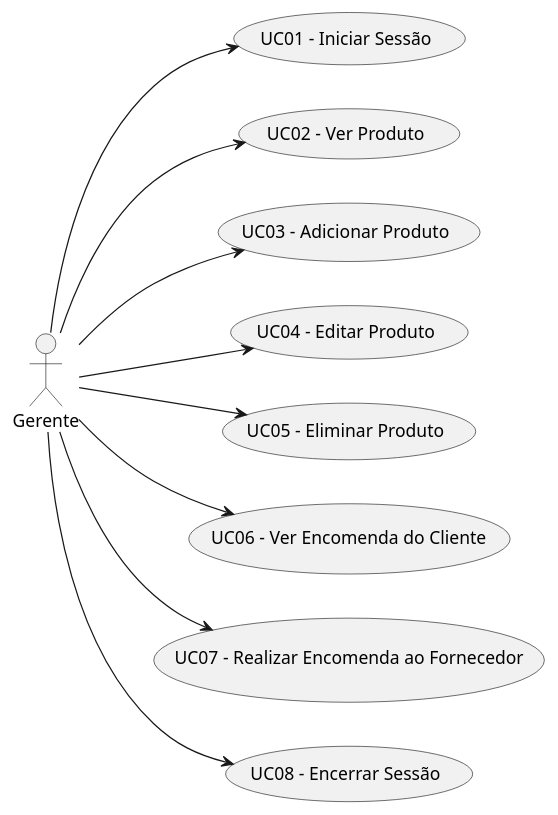
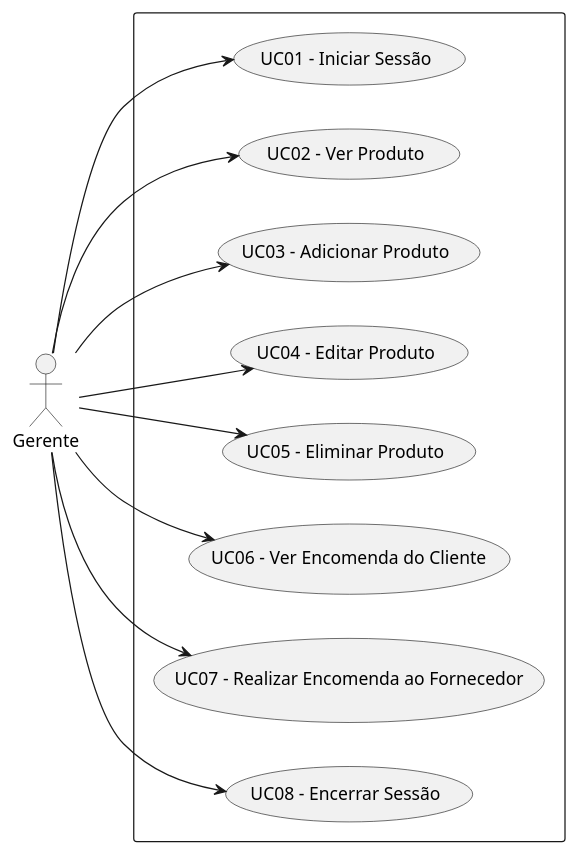
One commit to goncalomaia18/fsoft2026_1DC_2 changed the diagram in Documentation/Iteratiton01/UC Gerente/puml/UCGerente.puml. Above: the diagram before and after it, drawn with PlantUML. The commit also changed 4 other files, not shown here.

```diff
--- a/Documentation/Iteratiton01/UC Gerente/puml/UCGerente.puml
+++ b/Documentation/Iteratiton01/UC Gerente/puml/UCGerente.puml
@@ -1,15 +1,17 @@
 @startuml
 left to right direction
 
 actor Gerente
 
+rectangle {
 Gerente --> (UC01 - Iniciar Sessão)
 Gerente --> (UC02 - Ver Produto)
 Gerente --> (UC03 - Adicionar Produto)
 Gerente --> (UC04 - Editar Produto)
 Gerente --> (UC05 - Eliminar Produto)
 Gerente --> (UC06 - Ver Encomenda do Cliente)
 Gerente --> (UC07 - Realizar Encomenda ao Fornecedor)
 Gerente --> (UC08 - Encerrar Sessão)
+}
 
 @enduml
```
